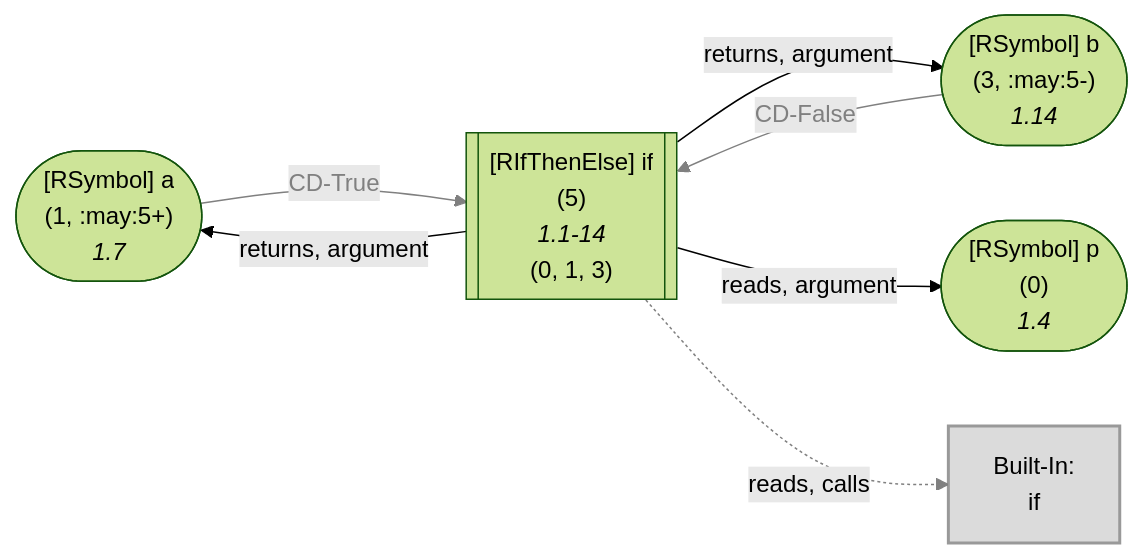
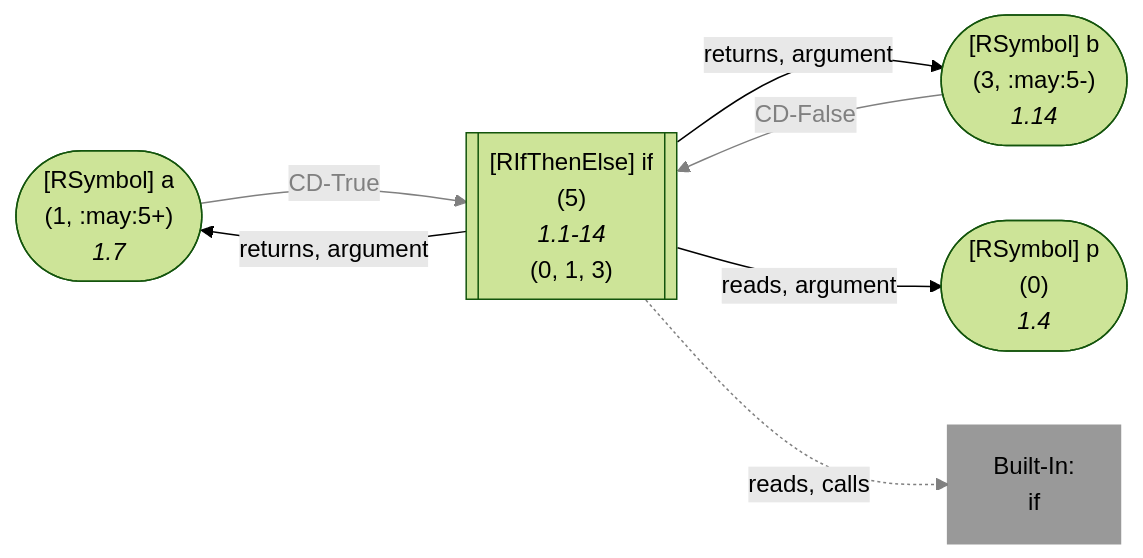
Before and after one commit to flowr-analysis/flowr: diagram 14 of 51 in wiki/Dataflow Graph.md, drawn with Mermaid (forest theme). The commit also changed other lines of this file and 18 other files, not shown here.

````diff
--- a/wiki/Dataflow Graph.md
+++ b/wiki/Dataflow Graph.md
@@ -2243,28 +2245,28 @@
 ```mermaid
 flowchart LR
     0(["`#91;RSymbol#93; p
       (0)
       *1.4*`"])
     1(["`#91;RSymbol#93; a
       (1, :may:5+)
       *1.7*`"])
     3(["`#91;RSymbol#93; b
       (3, :may:5-)
       *1.14*`"])
     5[["`#91;RIfThenElse#93; if
       (5)
       *1.1-14*
     (0, 1, 3)`"]]
     built-in:if["`Built-In:
 if`"]
-    style built-in:if stroke:gray,fill:lightgray,stroke-width:2px,opacity:.8;
+    style built-in:if stroke:gray,fill:gray,stroke-width:2px,opacity:.8;
     1 -->|"CD-True"| 5
     linkStyle 0 stroke:gray,color:gray;
     3 -->|"CD-False"| 5
     linkStyle 1 stroke:gray,color:gray;
     5 -->|"returns, argument"| 1
     5 -->|"returns, argument"| 3
     5 -->|"reads, argument"| 0
     5 -.->|"reads, calls"| built-in:if
     linkStyle 5 stroke:gray;
 ```
````
